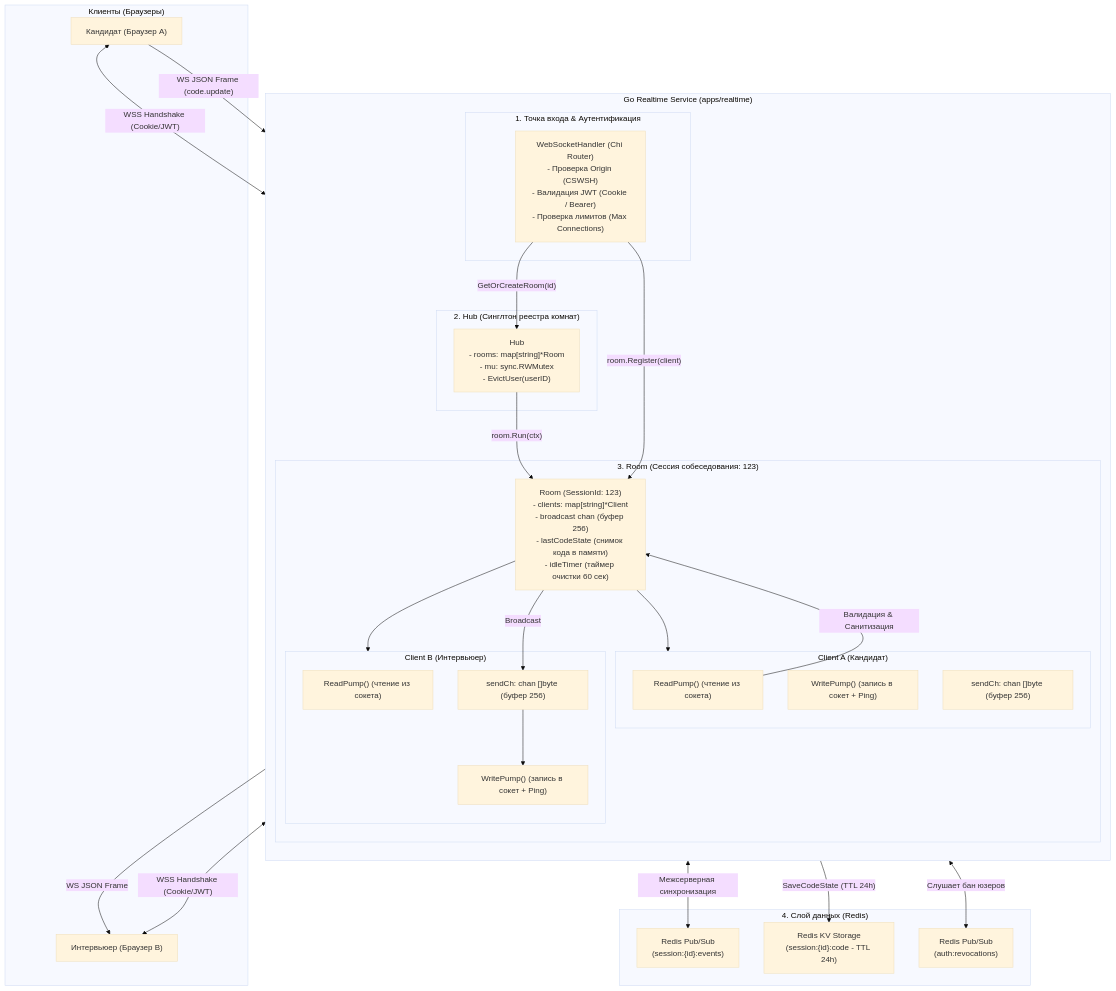
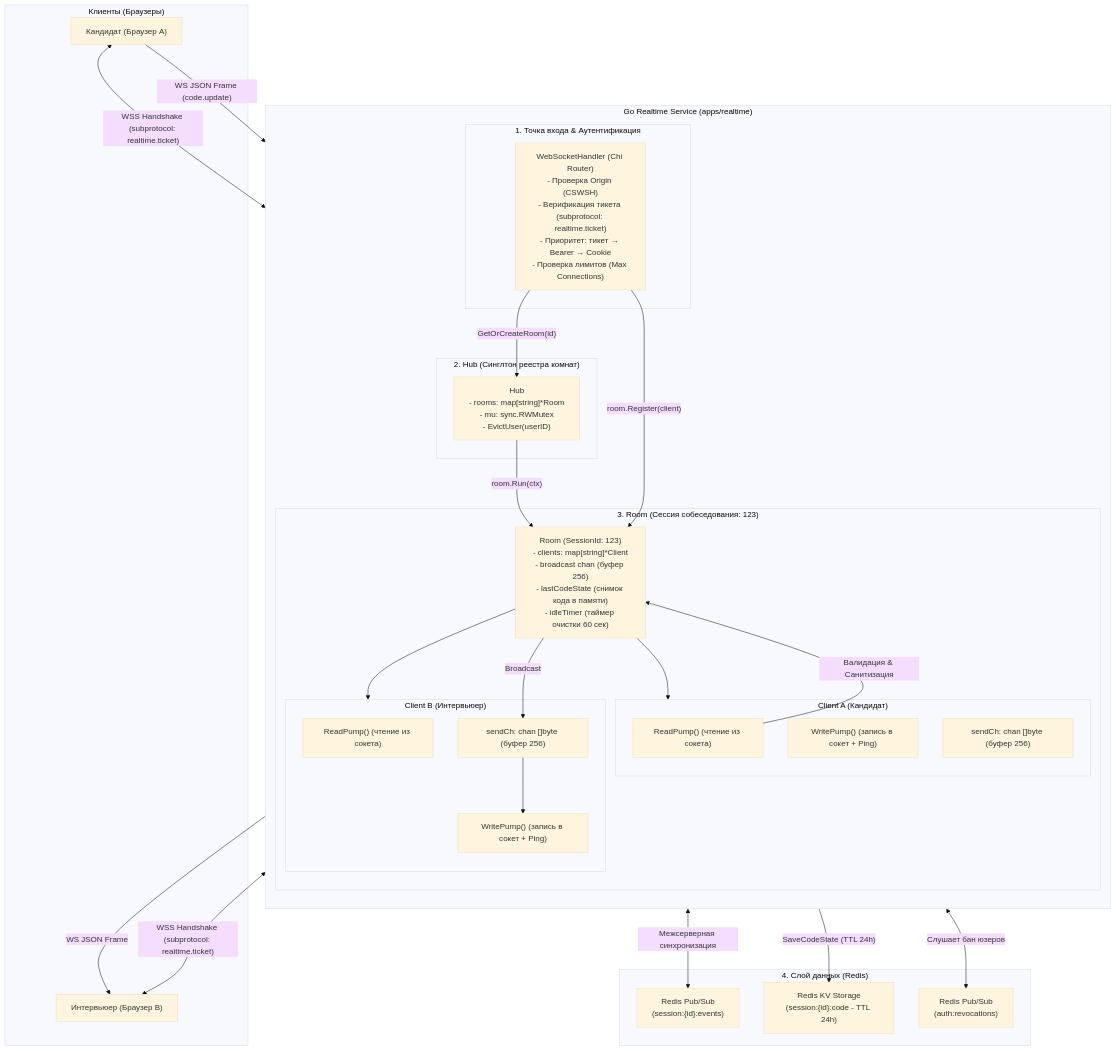
Before and after one commit to Riko4502/MockInterviewAI: the first of 2 diagrams in docs/WEBSOCKET_ARCHITECTURE.md, drawn with Mermaid (base theme). The commit also changed other lines of this file and 8 other files, not shown here.

Commit message:
docs(docs): документация тикет-аутентификации WebSocket (WSS-тикеты)

````diff
--- a/docs/WEBSOCKET_ARCHITECTURE.md
+++ b/docs/WEBSOCKET_ARCHITECTURE.md
@@ -48,64 +48,64 @@
 ```mermaid
 flowchart TB
     subgraph Clients["Клиенты (Браузеры)"]
         C1["Кандидат (Браузер A)"]
         C2["Интервьюер (Браузер B)"]
     end
 
     subgraph GoBackend["Go Realtime Service (apps/realtime)"]
         direction TB
         
         subgraph EntryPoint["1. Точка входа & Аутентификация"]
-            Handler["WebSocketHandler (Chi Router)\n- Проверка Origin (CSWSH)\n- Валидация JWT (Cookie / Bearer)\n- Проверка лимитов (Max Connections)"]
+            Handler["WebSocketHandler (Chi Router)\n- Проверка Origin (CSWSH)\n- Верификация тикета (subprotocol: realtime.ticket)\n- Приоритет: тикет → Bearer → Cookie\n- Проверка лимитов (Max Connections)"]
         end
 
         subgraph HubLayer["2. Hub (Синглтон реестра комнат)"]
             Hub["Hub\n- rooms: map[string]*Room\n- mu: sync.RWMutex\n- EvictUser(userID)"]
         end
 
         subgraph RoomLayer["3. Room (Сессия собеседования: 123)"]
             Room["Room (SessionId: 123)\n- clients: map[string]*Client\n- broadcast chan (буфер 256)\n- lastCodeState (снимок кода в памяти)\n- idleTimer (таймер очистки 60 сек)"]
             
             subgraph Client1Goroutines["Client A (Кандидат)"]
                 R1["ReadPump() (чтение из сокета)"]
                 W1["WritePump() (запись в сокет + Ping)"]
                 Ch1["sendCh: chan []byte (буфер 256)"]
             end
 
             subgraph Client2Goroutines["Client B (Интервьюер)"]
                 R2["ReadPump() (чтение из сокета)"]
                 W2["WritePump() (запись в сокет + Ping)"]
                 Ch2["sendCh: chan []byte (буфер 256)"]
             end
         end
     end
 
     subgraph RedisLayer["4. Слой данных (Redis)"]
         RPubSub["Redis Pub/Sub\n(session:{id}:events)"]
         RStorage["Redis KV Storage\n(session:{id}:code - TTL 24h)"]
         RRevoke["Redis Pub/Sub\n(auth:revocations)"]
     end
 
     %% Сетевой Handshake
-    C1 <-->|"WSS Handshake (Cookie/JWT)"| Handler
-    C2 <-->|"WSS Handshake (Cookie/JWT)"| Handler
+    C1 <-->|"WSS Handshake (subprotocol: realtime.ticket)"| Handler
+    C2 <-->|"WSS Handshake (subprotocol: realtime.ticket)"| Handler
 
     %% Регистрация в Hub и Room
     Handler -->|"GetOrCreateRoom(id)"| Hub
     Hub -->|"room.Run(ctx)"| Room
     Handler -->|"room.Register(client)"| Room
     Room --> Client1Goroutines
     Room --> Client2Goroutines
 
     %% Поток сообщений (Code Update)
     C1 -->|"WS JSON Frame (code.update)"| R1
     R1 -->|"Валидация & Санитизация"| Room
     Room -->|"Broadcast"| Ch2
     Ch2 --> W2
     W2 -->|"WS JSON Frame"| C2
 
     %% Взаимодействие с Redis
     Room <-->|"Межсерверная синхронизация"| RPubSub
     Room -->|"SaveCodeState (TTL 24h)"| RStorage
     Hub <-->|"Слушает бан юзеров"| RRevoke
 ```
````
